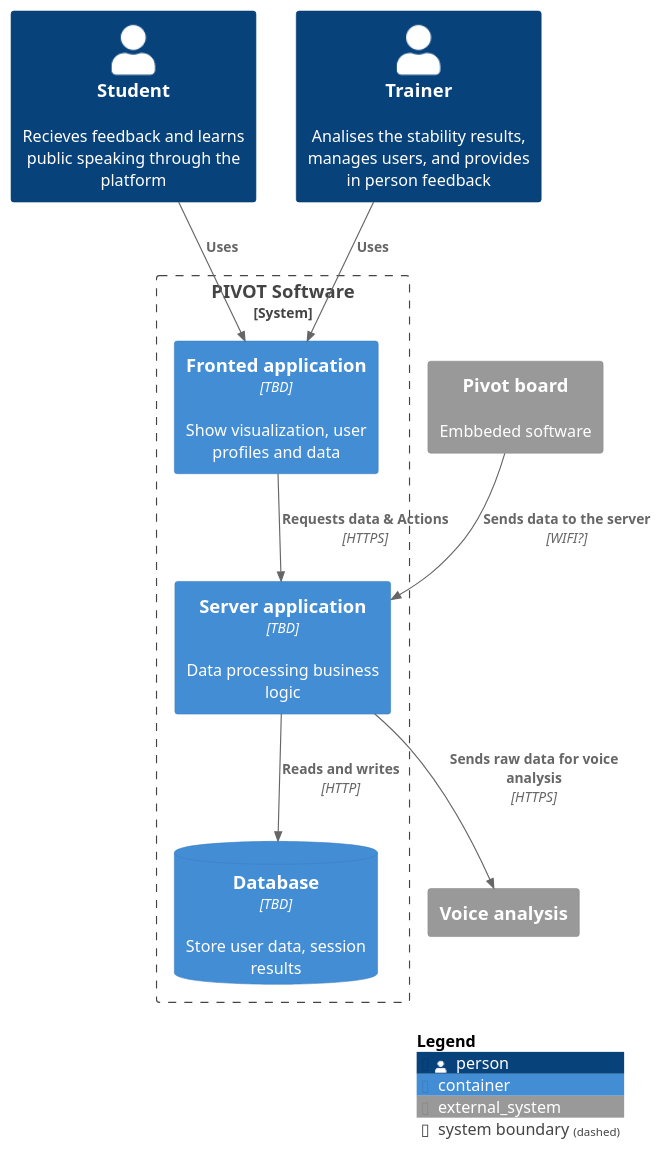
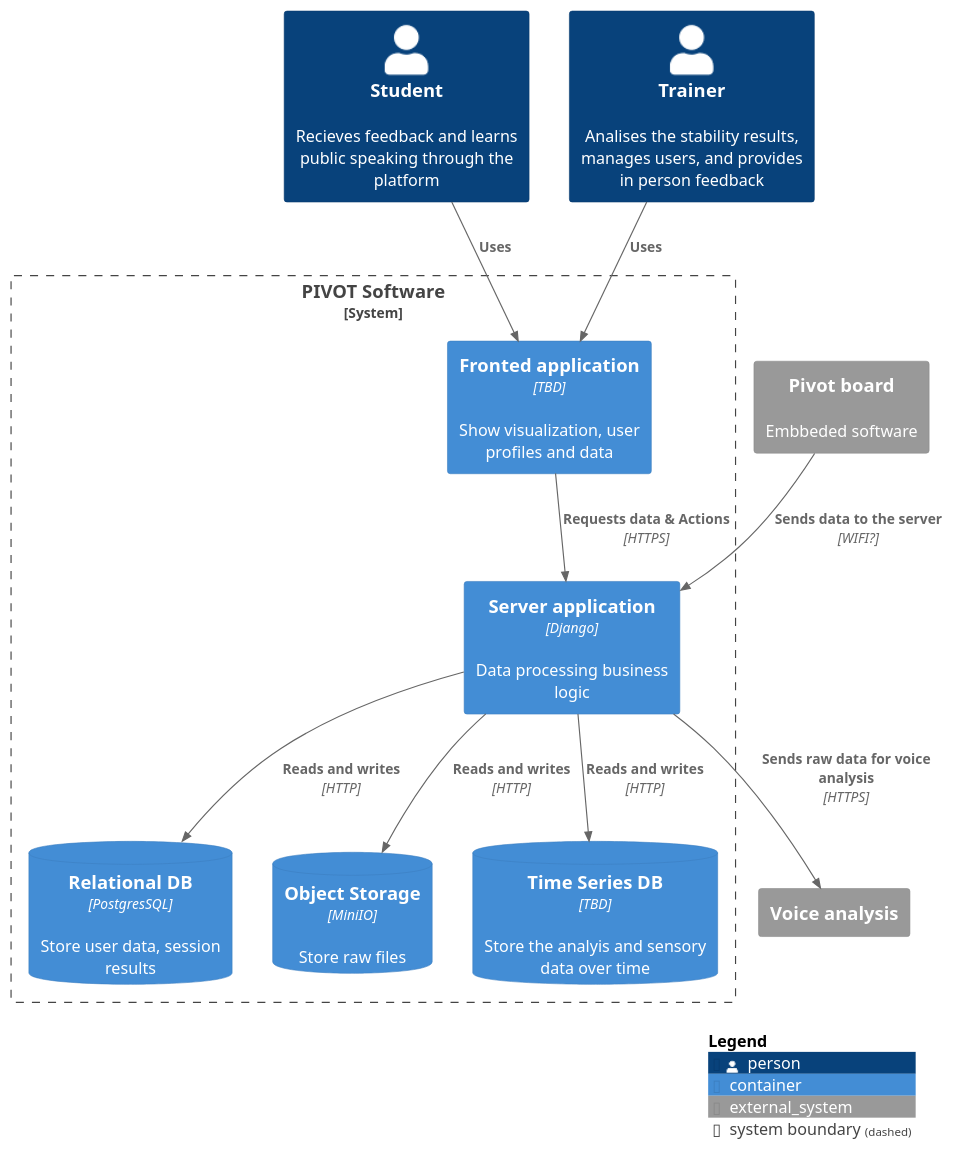
One commit to Slimeball12399/Pivot_expert_in_teams changed the diagram in C4_Graph.puml. Above: the diagram before and after it, drawn with PlantUML. The commit also changed 1 other file, not shown here.

Commit message:
updating requirements and graph

```diff
--- a/C4_Graph.puml
+++ b/C4_Graph.puml
@@ -1,27 +1,32 @@
 @startuml Boundary Diagram
 !include <C4/C4_Container>
 
 Person(student, "Student", "Recieves feedback and learns public speaking through the platform")
 Person(admin, "Trainer", "Analises the stability results, manages users, and provides in person feedback")
 
 
 System_Boundary(pivot, "PIVOT Software") { 
     Container(frontend, "Fronted application", "TBD", "Show visualization, user profiles and data")
-    Container(backend, "Server application", "TBD", "Data processing business logic")
-    ContainerDb(db, "Database", "TBD", "Store user data, session results")
+    Container(backend, "Server application", "Django", "Data processing business logic")
+    ContainerDb(db, "Relational DB", "PostgresSQL", "Store user data, session results")
+    ContainerDb(obj, "Object Storage", "MiniIO", "Store raw files")
+    ContainerDb(tims, "Time Series DB", "TBD", "Store the analyis and sensory data over time")
 }
 
 System_Ext(voice, "Voice analysis")
 System_Ext(platform, "Pivot board", "Embbeded software")
 
 Rel(student, frontend, "Uses")
 Rel(admin, frontend, "Uses")
 
 Rel(frontend, backend, "Requests data & Actions", "HTTPS")
 Rel(backend, db, "Reads and writes", "HTTP")
+Rel(backend, obj, "Reads and writes", "HTTP")
+Rel(backend, tims, "Reads and writes", "HTTP")
+
 
 Rel(backend, voice, "Sends raw data for voice analysis", "HTTPS")
 Rel(platform, backend, "Sends data to the server", "WIFI?")
 
 SHOW_LEGEND()
 @enduml
```
